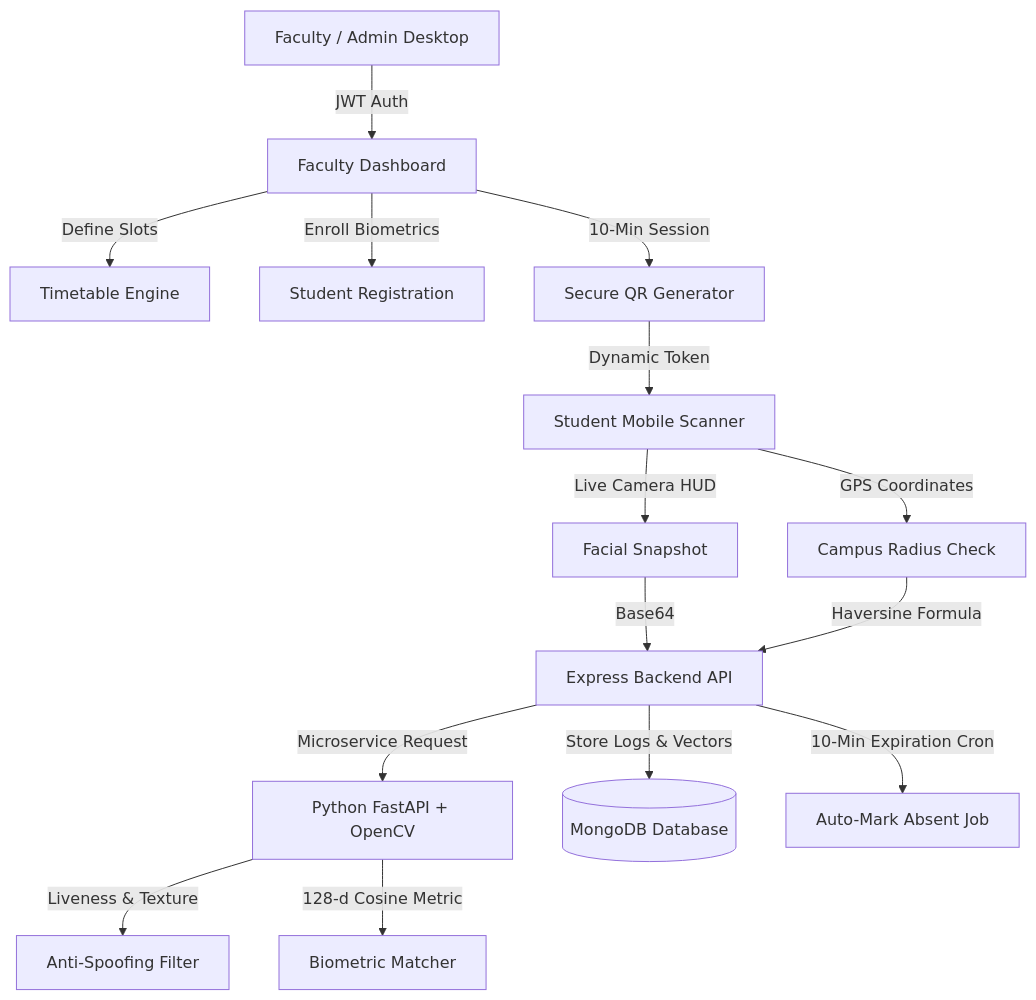
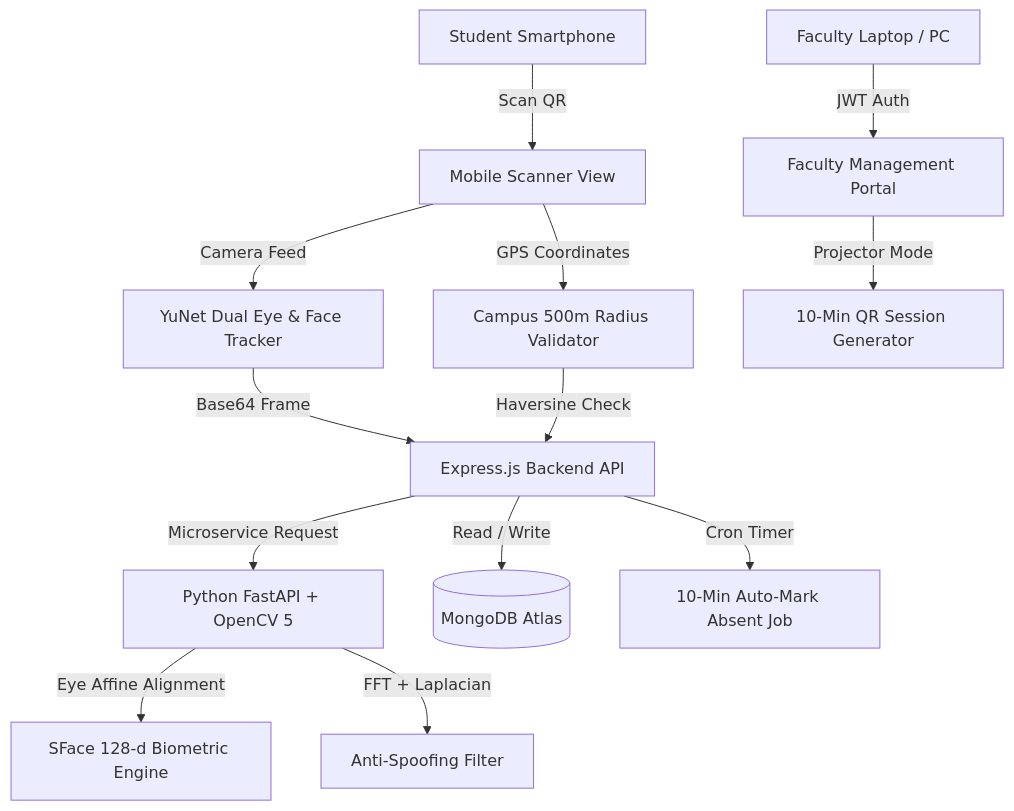
The diagram in README.md (24eg105p43-spec/AI-FACE-RECOGNITION-SYSTEM), drawn with Mermaid before and after one commit. The commit also changed other lines of this file and 82 other files, not shown here.

````diff
--- a/README.md
+++ b/README.md
@@ -9,21 +39,19 @@
 ```mermaid
 graph TD
-    Faculty[Faculty / Admin Desktop] -->|JWT Auth| Dashboard[Faculty Dashboard]
-    Dashboard -->|Define Slots| Timetable[Timetable Engine]
-    Dashboard -->|Enroll Biometrics| RegisterStudent[Student Registration]
-    Dashboard -->|10-Min Session| QRGen[Secure QR Generator]
+    UserMobile[Student Smartphone] -->|Scan QR| MobileScanner[Mobile Scanner View]
+    MobileScanner -->|Camera Feed| EyeTracker[YuNet Dual Eye & Face Tracker]
+    MobileScanner -->|GPS Coordinates| GeofenceCheck[Campus 500m Radius Validator]
     
-    QRGen -->|Dynamic Token| StudentMobile[Student Mobile Scanner]
-    StudentMobile -->|Live Camera HUD| FaceCapture[Facial Snapshot]
-    StudentMobile -->|GPS Coordinates| Geofence[Campus Radius Check]
+    EyeTracker -->|Base64 Frame| BackendAPI[Express.js Backend API]
+    GeofenceCheck -->|Haversine Check| BackendAPI
     
-    FaceCapture -->|Base64| Backend[Express Backend API]
-    Geofence -->|Haversine Formula| Backend
+    BackendAPI -->|Microservice Request| AIService[Python FastAPI + OpenCV 5]
+    AIService -->|Eye Affine Alignment| SFace[SFace 128-d Biometric Engine]
+    AIService -->|FFT + Laplacian| AntiSpoof[Anti-Spoofing Filter]
     
-    Backend -->|Microservice Request| AIService[Python FastAPI + OpenCV]
-    AIService -->|Liveness & Texture| AntiSpoof[Anti-Spoofing Filter]
-    AIService -->|128-d Cosine Metric| FaceMatcher[Biometric Matcher]
+    BackendAPI -->|Read / Write| MongoDB[(MongoDB Atlas)]
+    BackendAPI -->|Cron Timer| AutoAbsent[10-Min Auto-Mark Absent Job]
     
-    Backend -->|Store Logs & Vectors| MongoDB[(MongoDB Database)]
-    Backend -->|10-Min Expiration Cron| AutoAbsent[Auto-Mark Absent Job]
+    FacultyDesk[Faculty Laptop / PC] -->|JWT Auth| Dashboard[Faculty Management Portal]
+    Dashboard -->|Projector Mode| QRModal[10-Min QR Session Generator]
 ```
````
